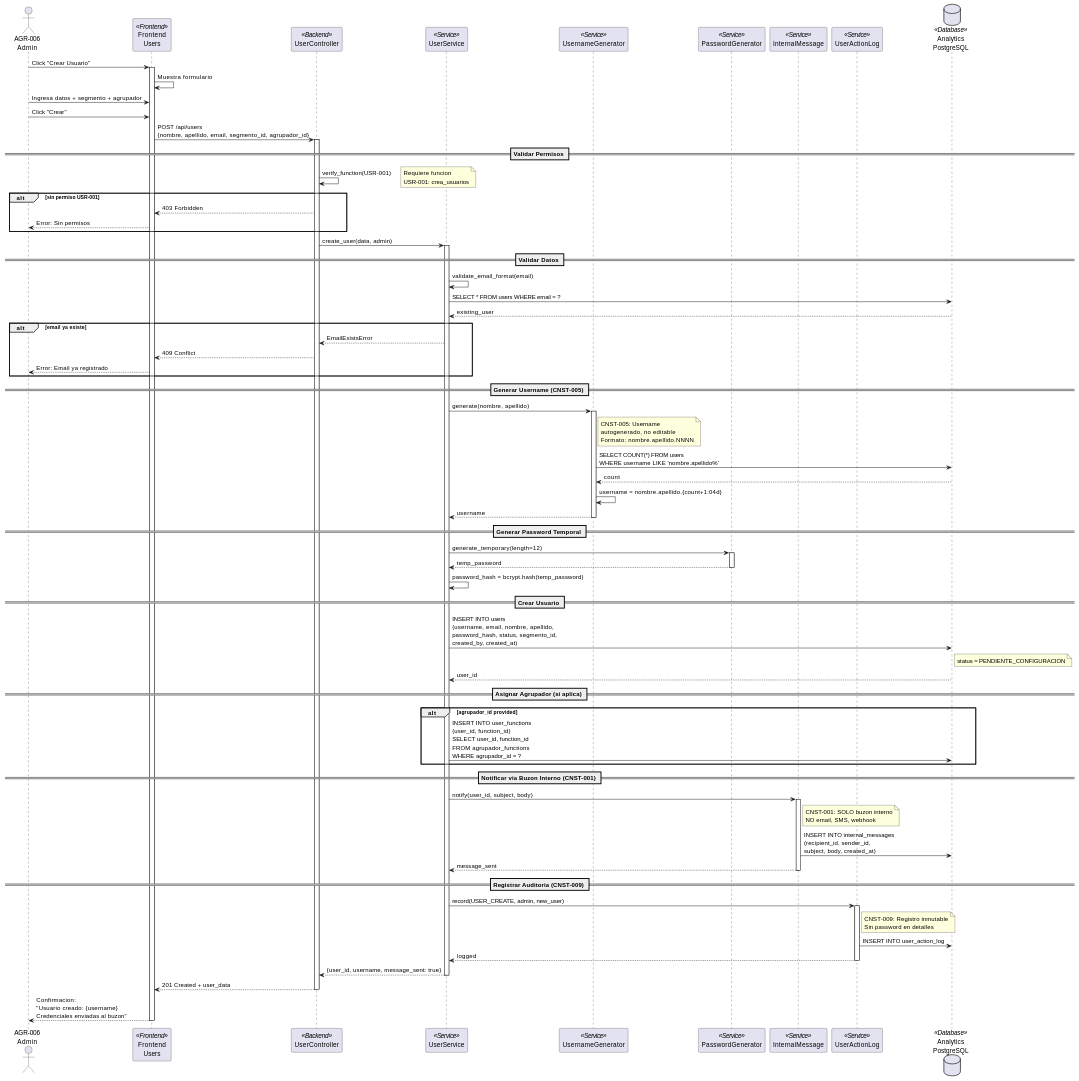
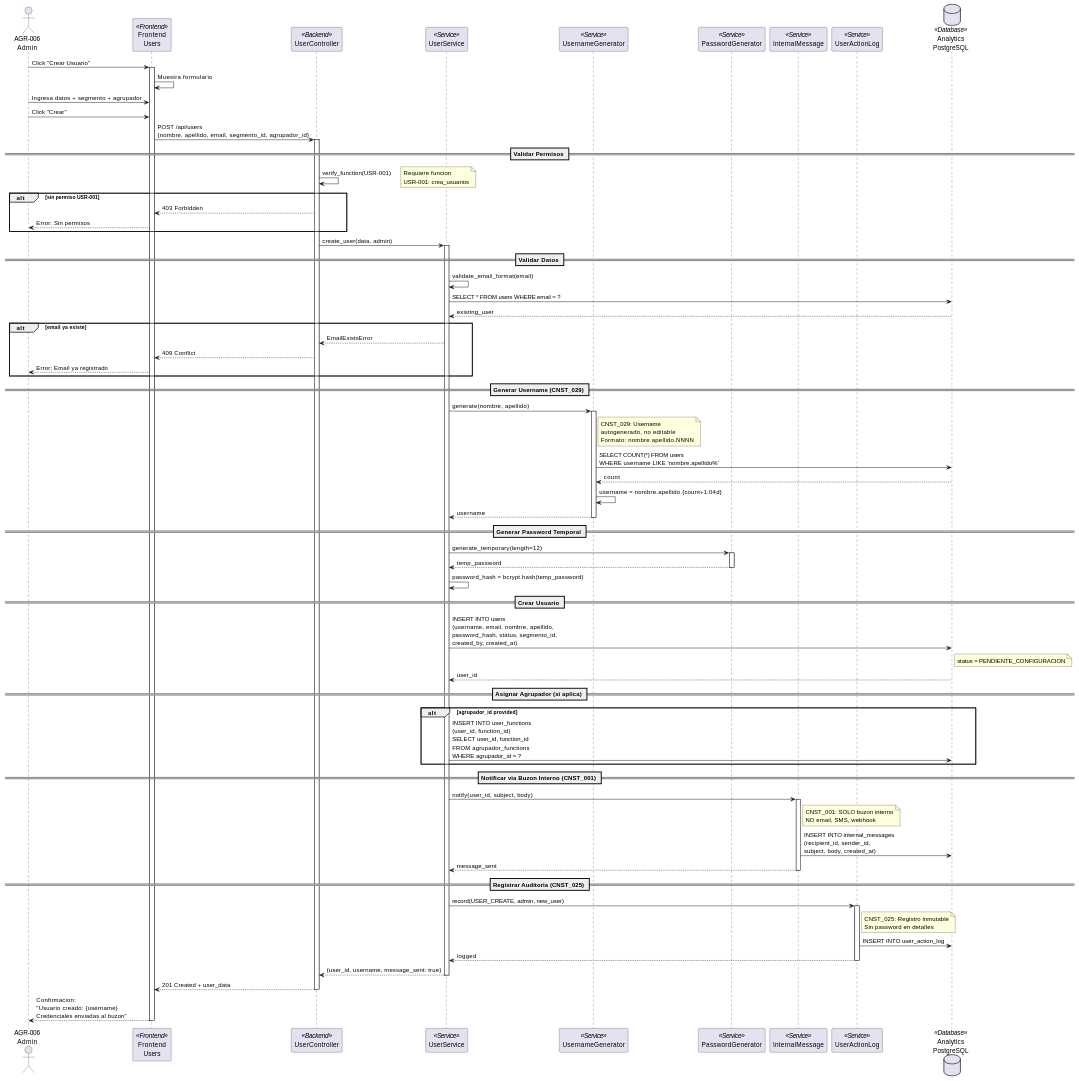
Before and after one commit to jcg-admin/IACT-docs: the second of 3 diagrams in source/requisitos/casos_uso/users/UC_USR_01_Crear_Usuario.rst, drawn with PlantUML. The commit also changed other lines of this file and 67 other files, not shown here.

```diff
--- a/source/requisitos/casos_uso/users/UC_USR_01_Crear_Usuario.rst
+++ b/source/requisitos/casos_uso/users/UC_USR_01_Crear_Usuario.rst
@@ -276,11 +276,11 @@
      FE --> A: Error: Email ya registrado
    end
 
-   == Generar Username (CNST-005) ==
+   == Generar Username (CNST_029) ==
    US -> UG: generate(nombre, apellido)
    activate UG
    note right of UG
-     CNST-005: Username
+     CNST_029: Username
      autogenerado, no editable
      Formato: nombre.apellido.NNNN
    end note
@@ -310,22 +310,22 @@
      US -> DB: INSERT INTO user_functions\n(user_id, function_id)\nSELECT user_id, function_id\nFROM agrupador_functions\nWHERE agrupador_id = ?
    end
 
-   == Notificar via Buzon Interno (CNST-001) ==
+   == Notificar via Buzon Interno (CNST_001) ==
    US -> IM: notify(user_id, subject, body)
    activate IM
    note right of IM
-     CNST-001: SOLO buzon interno
+     CNST_001: SOLO buzon interno
      NO email, SMS, webhook
    end note
    IM -> DB: INSERT INTO internal_messages\n(recipient_id, sender_id,\nsubject, body, created_at)
    IM --> US: message_sent
    deactivate IM
 
-   == Registrar Auditoria (CNST-009) ==
+   == Registrar Auditoria (CNST_025) ==
    US -> UAL: record(USER_CREATE, admin, new_user)
    activate UAL
    note right of UAL
-     CNST-009: Registro inmutable
+     CNST_025: Registro inmutable
      Sin password en detalles
    end note
    UAL -> DB: INSERT INTO user_action_log
```
